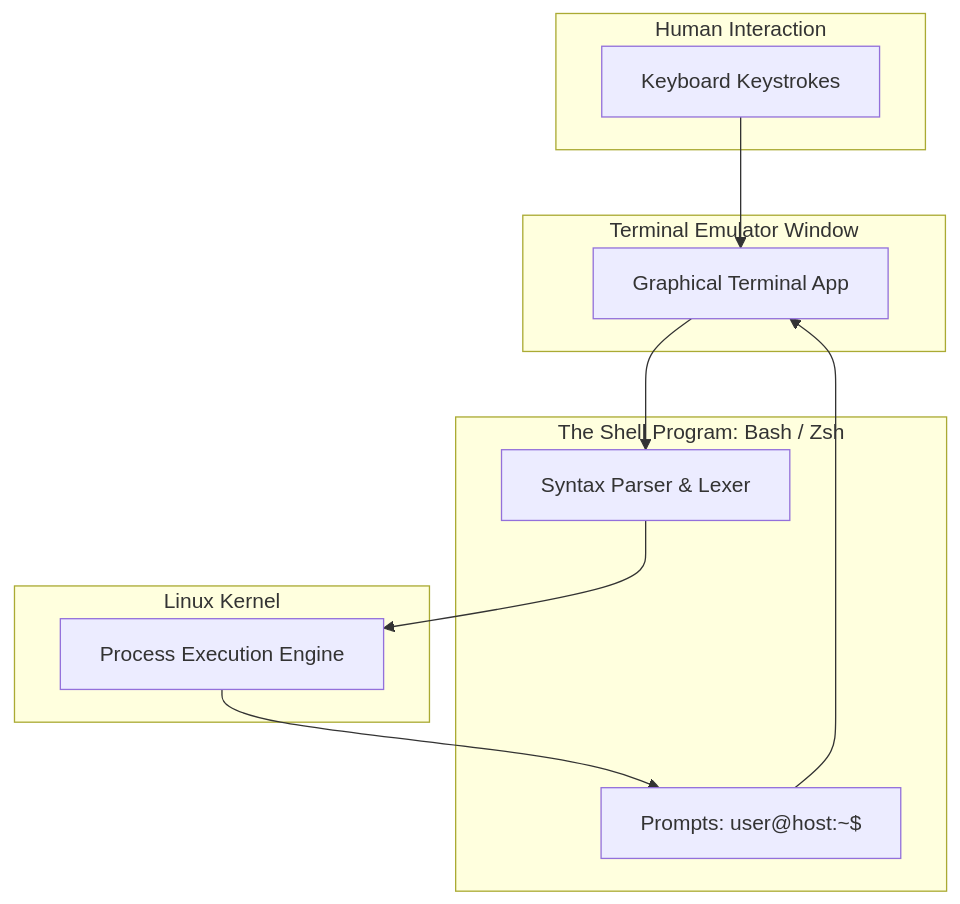
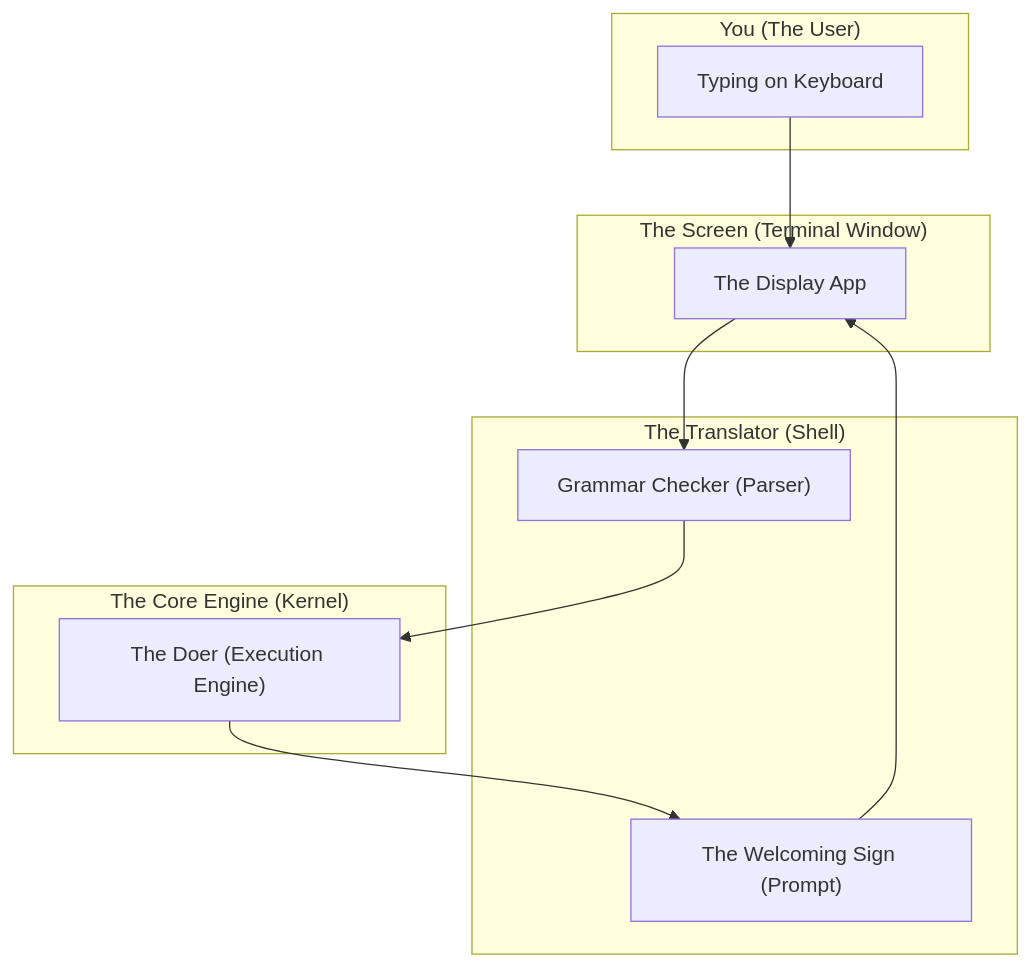
The diagram in website/pages/modules/module-01/lesson-05.md (aloysiuspattath/platform-engineering-ai-course), drawn with Mermaid before and after one commit. The commit also changed other lines of this file and 56 other files, not shown here.

Commit message:
refactor: simplify all architecture diagrams and explanations to layman's terms via AI subagent swarm

````diff
--- a/website/pages/modules/module-01/lesson-05.md
+++ b/website/pages/modules/module-01/lesson-05.md
@@ -89,25 +89,25 @@
 ```mermaid
 flowchart TD
-    subgraph HumanInput [Human Interaction]
-        KEYBOARD[Keyboard Keystrokes]
+    subgraph HumanInput ["You (The User)"]
+        KEYBOARD["Typing on Keyboard"]
     end
 
-    subgraph TerminalEmulator [Terminal Emulator Window]
-        GUI[Graphical Terminal App]
+    subgraph TerminalEmulator ["The Screen (Terminal Window)"]
+        GUI["The Display App"]
     end
 
-    subgraph ShellProgram [The Shell Program: Bash / Zsh]
-        PARSE[Syntax Parser & Lexer]
-        PROMPT[Prompts: user@host:~$]
+    subgraph ShellProgram ["The Translator (Shell)"]
+        PARSE["Grammar Checker (Parser)"]
+        PROMPT["The Welcoming Sign (Prompt)"]
     end
 
-    subgraph OSKernel [Linux Kernel]
-        EXEC[Process Execution Engine]
+    subgraph OSKernel ["The Core Engine (Kernel)"]
+        EXEC["The Doer (Execution Engine)"]
     end
 
     KEYBOARD --> GUI
     GUI --> PARSE
     PARSE --> EXEC
     EXEC --> PROMPT
     PROMPT --> GUI
 ```
````
